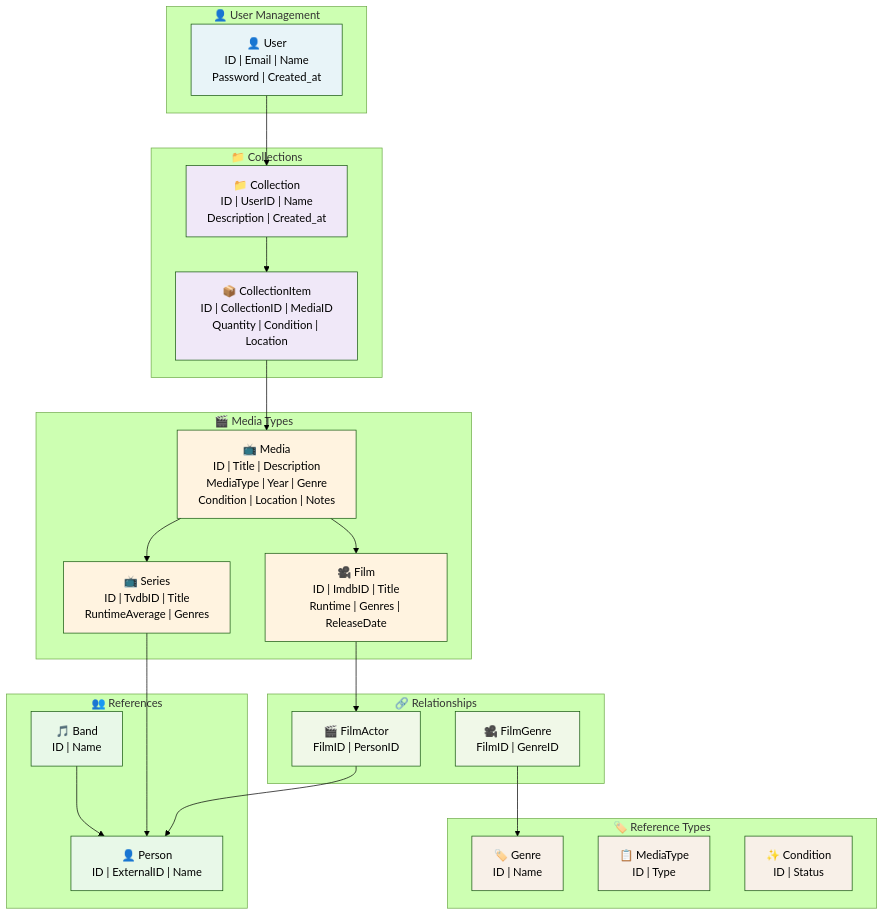
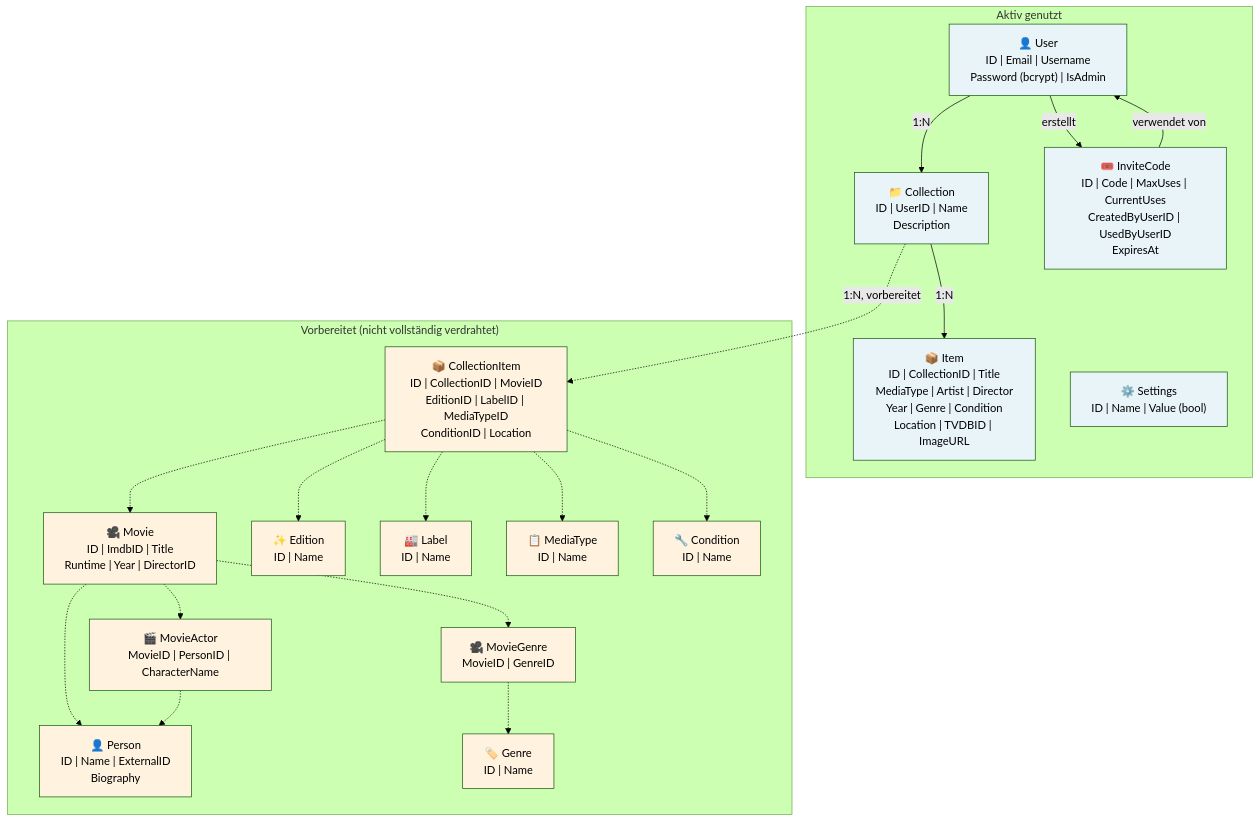
One commit to ayniin/FiMuVer changed the diagram in docs/DATA-MODEL.md. Above: the diagram before and after it, drawn with Mermaid (forest theme). The commit also changed other lines of this file and 10 other files, not shown here.

````diff
--- a/docs/DATA-MODEL.md
+++ b/docs/DATA-MODEL.md
@@ -5,58 +10,56 @@
 ```mermaid
 graph TB
-    subgraph "👤 User Management"
-        User["👤 User<br/>ID | Email | Name<br/>Password | Created_at"]
+    subgraph "Aktiv genutzt"
+        User["👤 User<br/>ID | Email | Username<br/>Password (bcrypt) | IsAdmin"]
+        Collection["📁 Collection<br/>ID | UserID | Name<br/>Description"]
+        Item["📦 Item<br/>ID | CollectionID | Title<br/>MediaType | Artist | Director<br/>Year | Genre | Condition<br/>Location | TVDBID | ImageURL"]
+        InviteCode["🎟️ InviteCode<br/>ID | Code | MaxUses | CurrentUses<br/>CreatedByUserID | UsedByUserID<br/>ExpiresAt"]
+        Settings["⚙️ Settings<br/>ID | Name | Value (bool)"]
     end
-    
-    subgraph "📁 Collections"
-        Collection["📁 Collection<br/>ID | UserID | Name<br/>Description | Created_at"]
-        CollectionItem["📦 CollectionItem<br/>ID | CollectionID | MediaID<br/>Quantity | Condition | Location"]
+
+    subgraph "Vorbereitet (nicht vollständig verdrahtet)"
+        Movie["🎥 Movie<br/>ID | ImdbID | Title<br/>Runtime | Year | DirectorID"]
+        Person["👤 Person<br/>ID | Name | ExternalID<br/>Biography"]
+        Genre["🏷️ Genre<br/>ID | Name"]
+        Edition["✨ Edition<br/>ID | Name"]
+        Label["🏭 Label<br/>ID | Name"]
+        MediaType["📋 MediaType<br/>ID | Name"]
+        Condition["🔧 Condition<br/>ID | Name"]
+        CollectionItem["📦 CollectionItem<br/>ID | CollectionID | MovieID<br/>EditionID | LabelID | MediaTypeID<br/>ConditionID | Location"]
+        MovieActor["🎬 MovieActor<br/>MovieID | PersonID | CharacterName"]
+        MovieGenre["🎥 MovieGenre<br/>MovieID | GenreID"]
     end
-    
-    subgraph "🎬 Media Types"
-        Media["📺 Media<br/>ID | Title | Description<br/>MediaType | Year | Genre<br/>Condition | Location | Notes"]
-        Film["🎥 Film<br/>ID | ImdbID | Title<br/>Runtime | Genres | ReleaseDate"]
-        Series["📺 Series<br/>ID | TvdbID | Title<br/>RuntimeAverage | Genres"]
-    end
-    
-    subgraph "👥 References"
-        Person["👤 Person<br/>ID | ExternalID | Name"]
-        Band["🎵 Band<br/>ID | Name"]
-    end
-    
-    subgraph "🏷️ Reference Types"
-        Genre["🏷️ Genre<br/>ID | Name"]
-        MediaType["📋 MediaType<br/>ID | Type"]
-        Condition["✨ Condition<br/>ID | Status"]
-    end
-    
-    subgraph "🔗 Relationships"
-        FilmActor["🎬 FilmActor<br/>FilmID | PersonID"]
-        FilmGenre["🎥 FilmGenre<br/>FilmID | GenreID"]
-    end
-    
-    User --> Collection
-    Collection --> CollectionItem
-    CollectionItem --> Media
-    Media --> Film
-    Media --> Series
-    Film --> FilmActor
-    Series --> Person
-    FilmActor --> Person
-    FilmGenre --> Genre
-    Band --> Person
-    
+
+    User -->|1:N| Collection
+    Collection -->|1:N| Item
+    User -->|erstellt| InviteCode
+    InviteCode -->|verwendet von| User
+
+    Collection -.->|1:N, vorbereitet| CollectionItem
+    CollectionItem -.-> Movie
+    CollectionItem -.-> Edition
+    CollectionItem -.-> Label
+    CollectionItem -.-> MediaType
+    CollectionItem -.-> Condition
+    Movie -.-> Person
+    Movie -.-> MovieActor
+    MovieActor -.-> Person
+    Movie -.-> MovieGenre
+    MovieGenre -.-> Genre
+
     style User fill:#e8f4f8
-    style Collection fill:#f0e8f8
-    style CollectionItem fill:#f0e8f8
-    style Media fill:#fff3e0
-    style Film fill:#fff3e0
-    style Series fill:#fff3e0
-    style Person fill:#e8f8e8
-    style Band fill:#e8f8e8
-    style Genre fill:#f8f0e8
-    style MediaType fill:#f8f0e8
-    style Condition fill:#f8f0e8
-    style FilmActor fill:#f0f8e8
-    style FilmGenre fill:#f0f8e8
+    style Collection fill:#e8f4f8
+    style Item fill:#e8f4f8
+    style InviteCode fill:#e8f4f8
+    style Settings fill:#e8f4f8
+    style Movie fill:#fff3e0
+    style Person fill:#fff3e0
+    style Genre fill:#fff3e0
+    style Edition fill:#fff3e0
+    style Label fill:#fff3e0
+    style MediaType fill:#fff3e0
+    style Condition fill:#fff3e0
+    style CollectionItem fill:#fff3e0
+    style MovieActor fill:#fff3e0
+    style MovieGenre fill:#fff3e0
 ```
````
